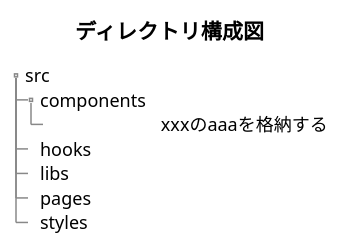
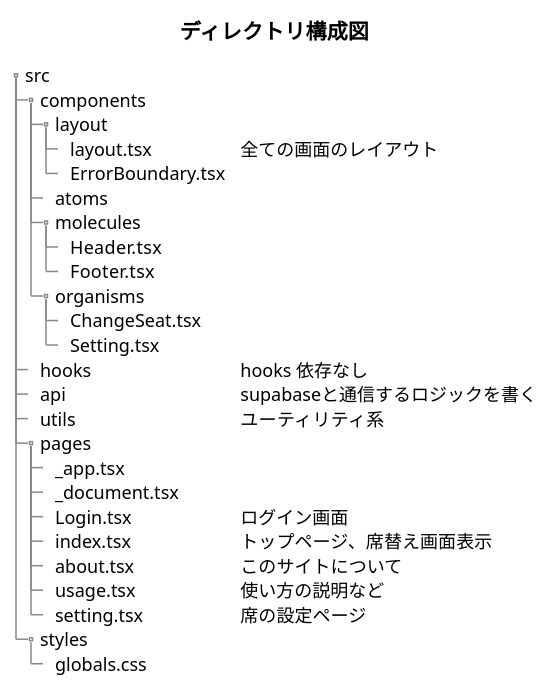
Before and after one commit to Keito654/change-seat-production: the diagram in UML/dirStructure.pu, drawn with PlantUML.

Commit message:
フォルダ構成を更新

```diff
--- a/UML/dirStructure.pu
+++ b/UML/dirStructure.pu
@@ -1,18 +1,36 @@
 @startuml dirStruct
 title ディレクトリ構成図
 
 salt
 
 {
   {T
     + src
       ++ components 
-        +++   | xxxのaaaを格納する
-      ++ hooks
-      ++ libs
+        +++ layout
+          ++++ layout.tsx | 全ての画面のレイアウト
+          ++++ ErrorBoundary.tsx
+        +++ atoms
+        +++ molecules
+          ++++ Header.tsx
+          ++++ Footer.tsx
+        +++ organisms
+          ++++ ChangeSeat.tsx
+          ++++ Setting.tsx
+      ++ hooks | hooks 依存なし
+      ++ api | supabaseと通信するロジックを書く
+      ++ utils | ユーティリティ系
       ++ pages
+        +++ _app.tsx 
+        +++ _document.tsx 
+        +++ Login.tsx | ログイン画面
+        +++ index.tsx | トップページ、席替え画面表示
+        +++ about.tsx | このサイトについて
+        +++ usage.tsx | 使い方の説明など
+        +++ setting.tsx | 席の設定ページ
       ++ styles
+        +++ globals.css
   }
 }
 
 @enduml
```
